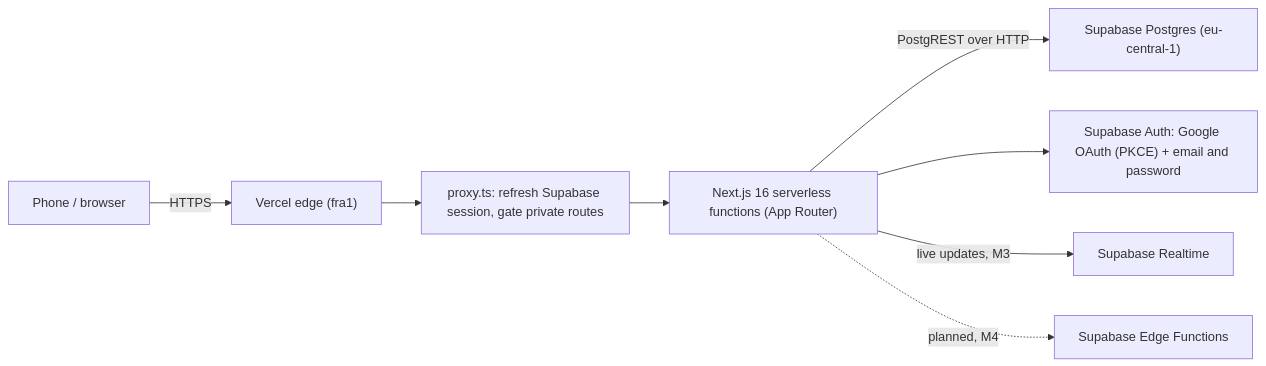
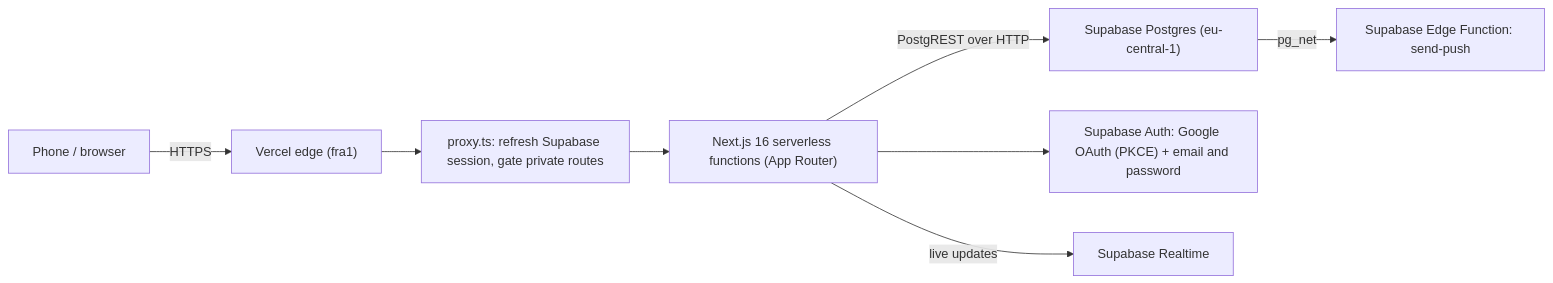
One commit to naum-4ik/keepup changed the second of 4 diagrams in docs/architecture.md. Above: the diagram before and after it, drawn with Mermaid. The commit also changed other lines of this file and 1 other file, not shown here.

First line of the commit message:
docs: architecture diagrams, free-tier limits and a fuller scaling plan

````diff
--- a/docs/architecture.md
+++ b/docs/architecture.md
@@ -7,10 +49,10 @@
 ```mermaid
 flowchart LR
     Phone["Phone / browser"] -->|HTTPS| Edge["Vercel edge (fra1)"]
     Edge --> Proxy["proxy.ts: refresh Supabase session, gate private routes"]
     Proxy --> Next["Next.js 16 serverless functions (App Router)"]
     Next -->|PostgREST over HTTP| PG["Supabase Postgres (eu-central-1)"]
     Next --> Auth["Supabase Auth: Google OAuth (PKCE) + email and password"]
-    Next -->|live updates, M3| Realtime["Supabase Realtime"]
-    Next -.->|planned, M4| EdgeFn["Supabase Edge Functions"]
+    Next -->|live updates| Realtime["Supabase Realtime"]
+    PG -->|pg_net| EdgeFn["Supabase Edge Function: send-push"]
 ```
````
